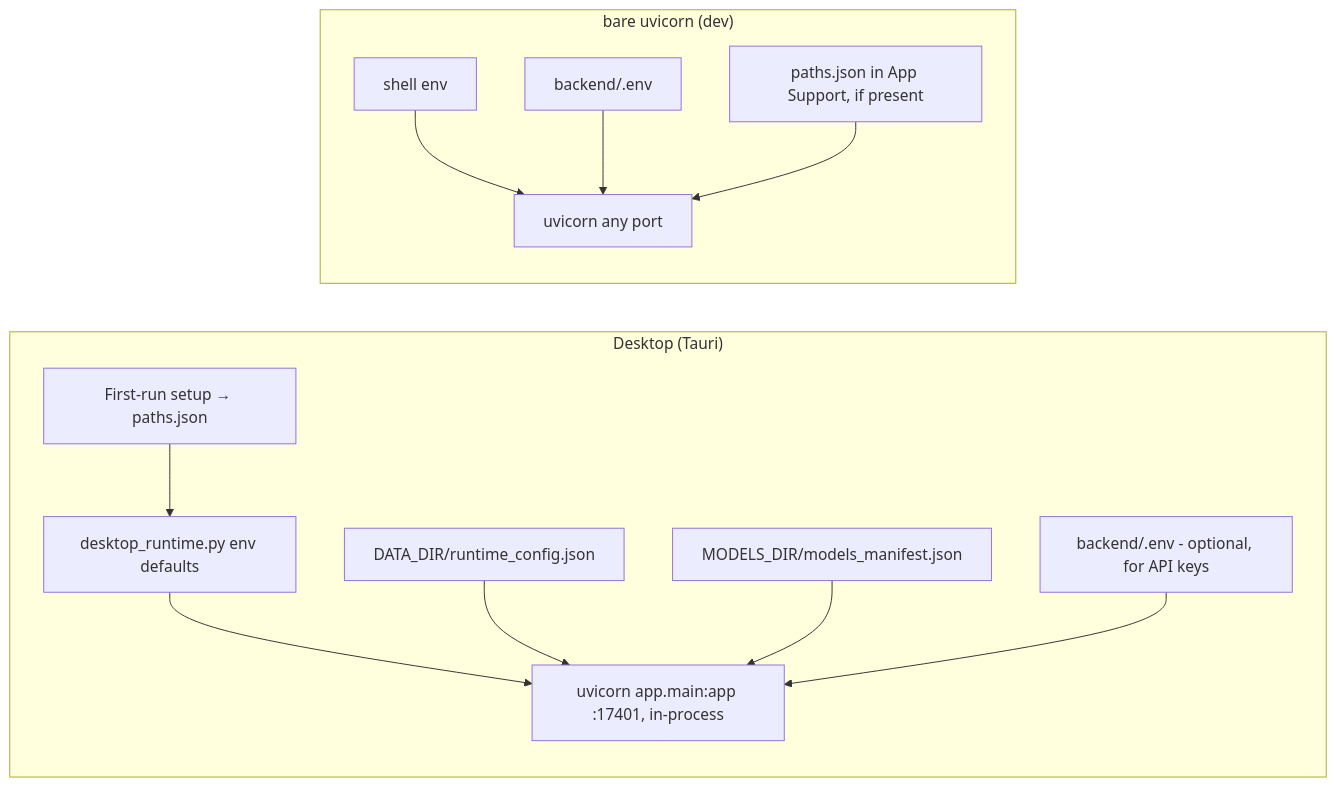
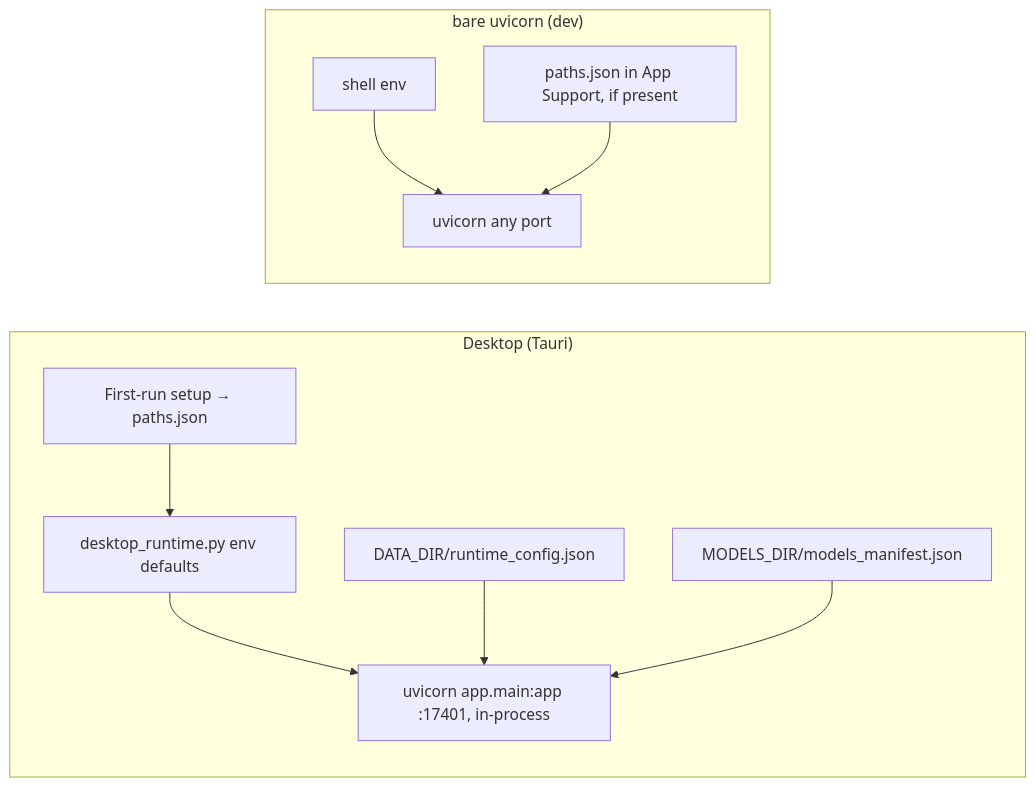
The diagram in Docs/21-configuration-reference.md (josetseph/Orb), drawn with Mermaid before and after one commit. The commit also changed other lines of this file and 37 other files, not shown here.

````diff
--- a/Docs/21-configuration-reference.md
+++ b/Docs/21-configuration-reference.md
@@ -38,15 +38,13 @@
 ```mermaid
 flowchart LR
     subgraph desktop["Desktop (Tauri)"]
         W[First-run setup → paths.json] --> S[desktop_runtime.py env defaults]
         S --> U[uvicorn app.main:app :17401, in-process]
         RC[DATA_DIR/runtime_config.json] --> U
         MF[MODELS_DIR/models_manifest.json] --> U
-        ENV[backend/.env - optional, for API keys] --> U
     end
     subgraph bare["bare uvicorn (dev)"]
         SH[shell env] --> D[uvicorn any port]
-        E2[backend/.env] --> D
         PJ[paths.json in App Support, if present] --> D
     end
 ```
````
